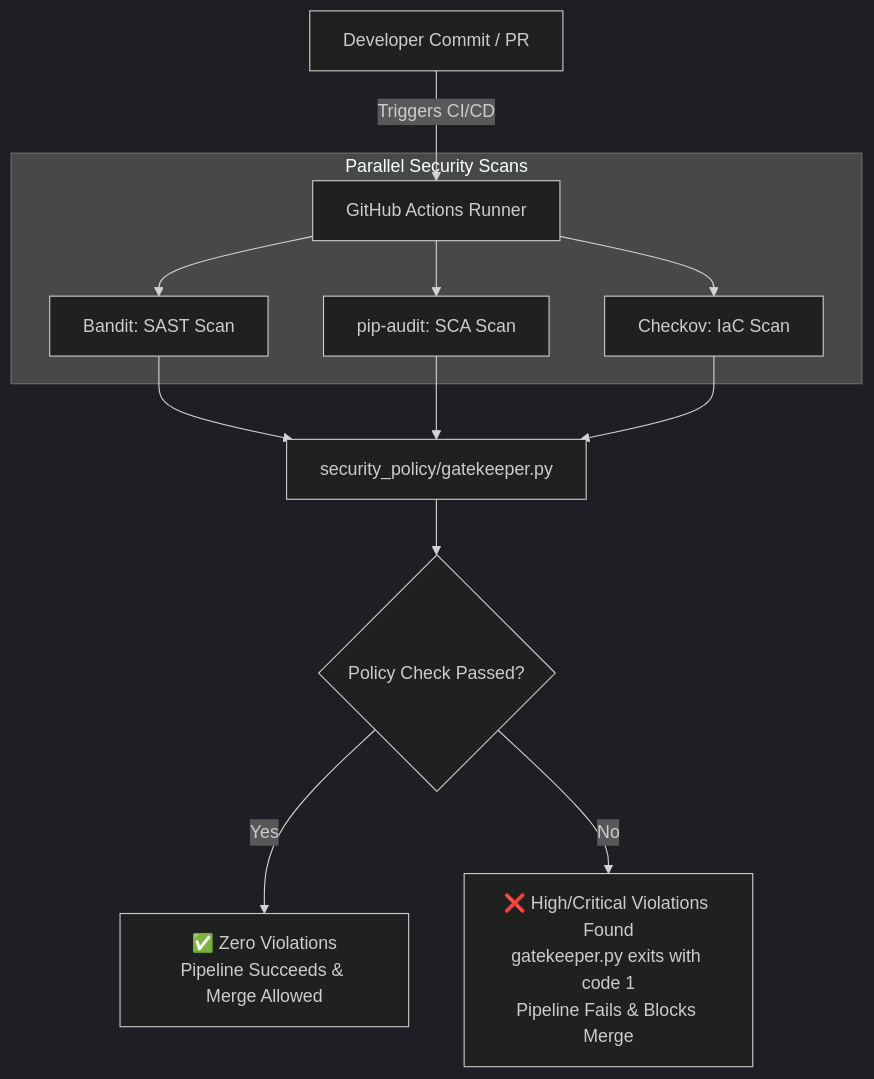
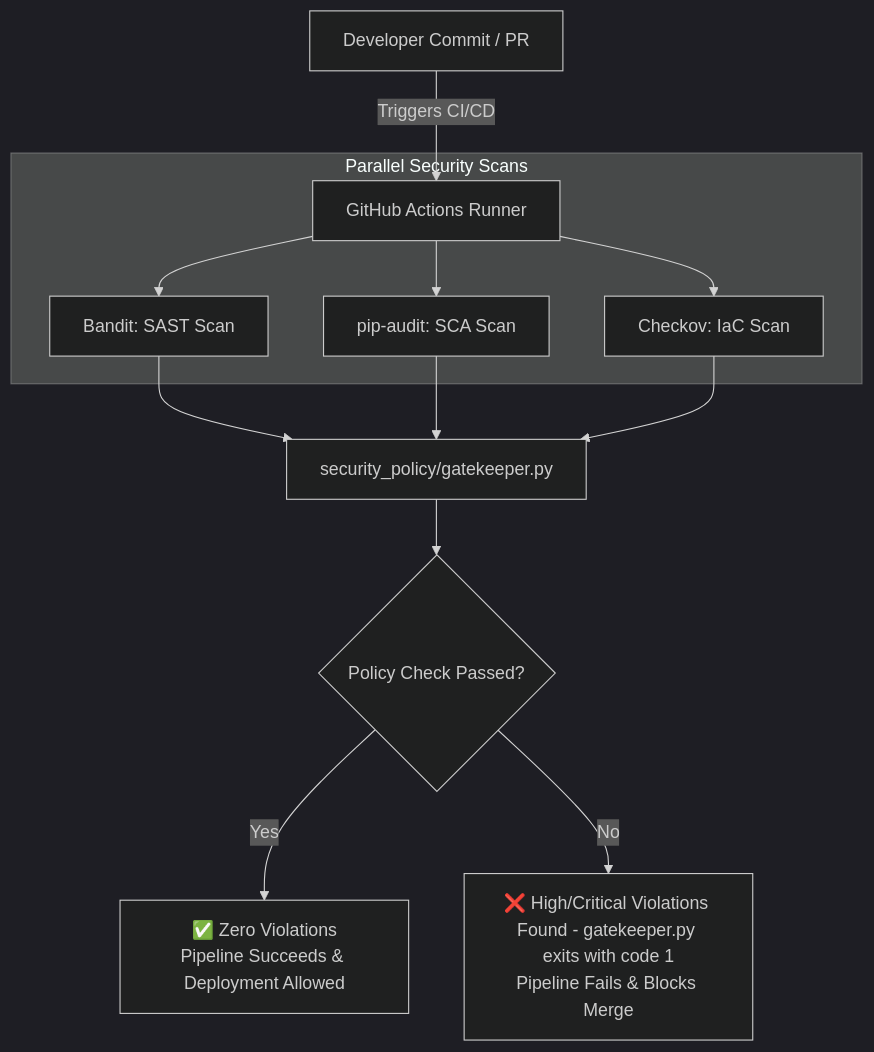
Before and after one commit to rajeshgurindapalli15-crypto/devsecops-compliance-pipeline: the diagram in README.md, drawn with Mermaid (dark theme). The commit also changed other lines of this file, not shown here.

````diff
--- a/README.md
+++ b/README.md
@@ -16,18 +16,19 @@
 ```mermaid
 graph TD
     A[Developer Commit / PR] -->|Triggers CI/CD| B[GitHub Actions Runner]
     
     subgraph Parallel Security Scans
         B --> C[Bandit: SAST Scan]
         B --> D[pip-audit: SCA Scan]
         B --> E[Checkov: IaC Scan]
     end
     
     C --> F[security_policy/gatekeeper.py]
     D --> F
     E --> F
     
     F --> G{Policy Check Passed?}
-    G -->|Yes| I[✅ Zero Violations<br/>Pipeline Succeeds & Merge Allowed]
-    G -->|No| H[❌ High/Critical Violations Found<br/>gatekeeper.py exits with code 1<br/>Pipeline Fails & Blocks Merge]
+    
+    G -->|Yes| I[✅ Zero Violations<br>Pipeline Succeeds & Deployment Allowed]
+    G -->|No| H[❌ High/Critical Violations Found - gatekeeper.py exits with code 1<br>Pipeline Fails & Blocks Merge]
 ```
````
